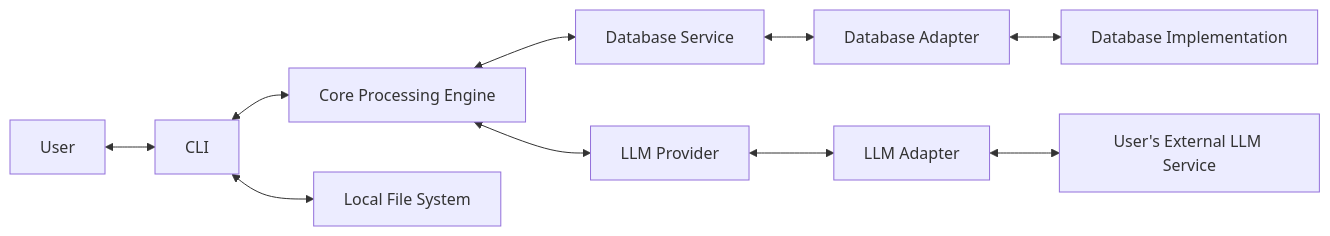
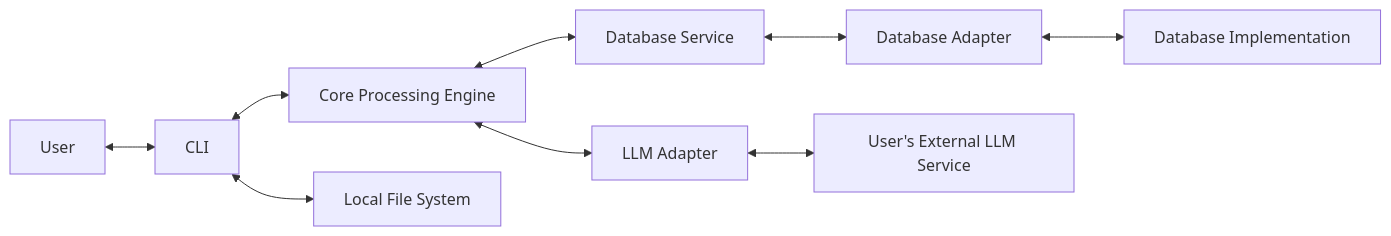
The diagram in docs/architecture.md (DelgadoArlee/cv-brewer), drawn with Mermaid before and after one commit. The commit also changed other lines of this file and 1 other file, not shown here.

Commit message:
docs: remove llm provider from the architecture due to redundancy

````diff
--- a/docs/architecture.md
+++ b/docs/architecture.md
@@ -37,29 +35,27 @@
 ```mermaid
 
 flowchart LR
 
 User[User] <--> CLI["CLI"]
 
 CLI <--> Core["Core Processing Engine"]
 
 
 
 Core <--> DBService["Database Service"]
 
 DBService <--> DBAdapter["Database Adapter"]
 
 DBAdapter <--> DB["Database Implementation"]
 
 
 
-Core <--> LLMProvider["LLM Provider"]
-
-LLMProvider <--> LLMAdapter["LLM Adapter"]
+Core <--> LLMAdapter["LLM Adapter"]
 
 LLMAdapter <--> LLM["User's External LLM Service"]
 
 
 
 CLI <--> FileSystem["Local File System"]
 
 ```
````
